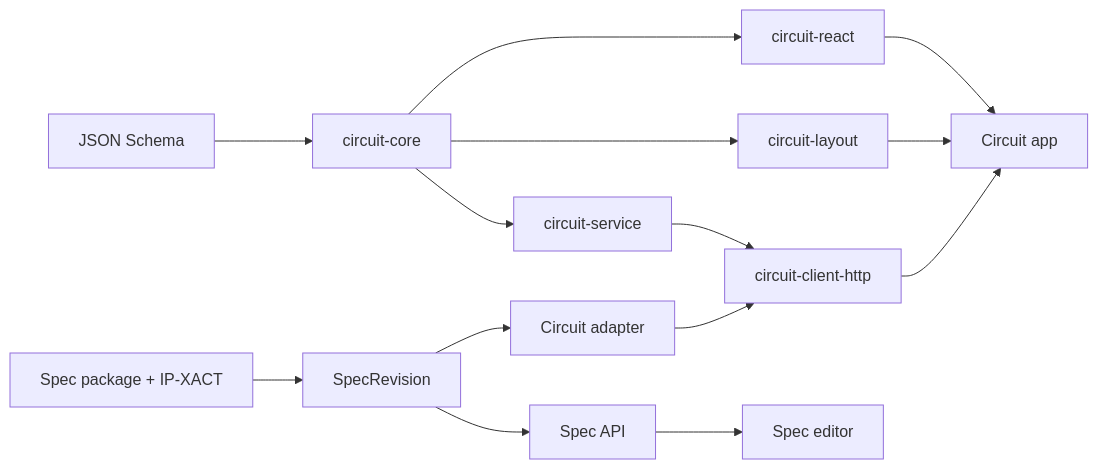
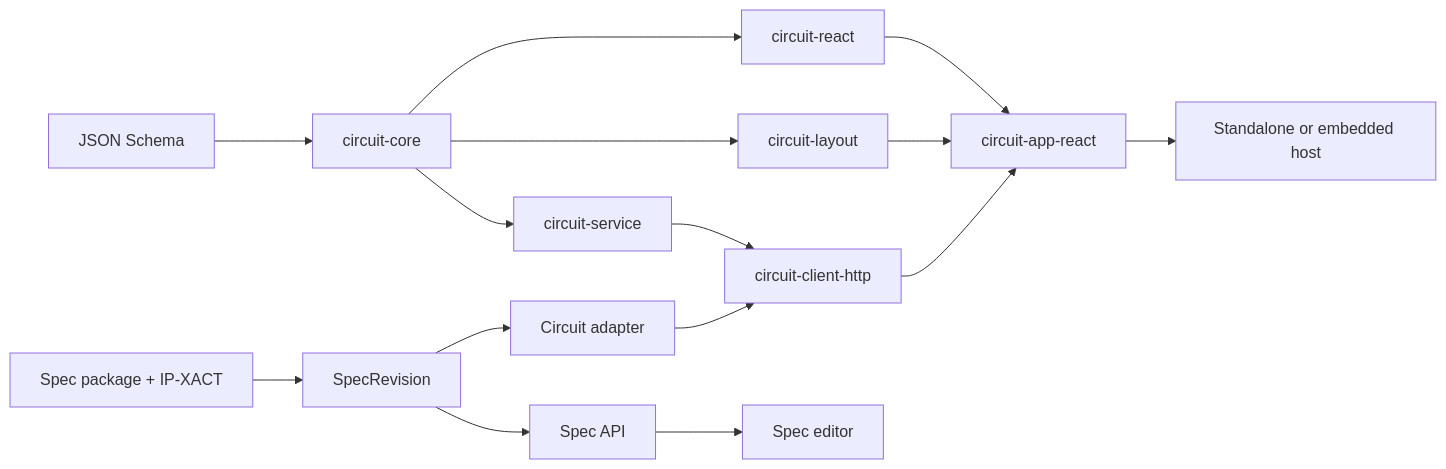
Before and after one commit to ankdesh/spec2gds: the third of 3 diagrams in docs/architecture.md, drawn with Mermaid. The commit also changed other lines of this file and 54 other files, not shown here.

````diff
--- a/docs/architecture.md
+++ b/docs/architecture.md
@@ -107,17 +107,18 @@
 ```mermaid
 flowchart LR
     Schema["JSON Schema"] --> Core["circuit-core"]
     Core --> Service["circuit-service"]
     Core --> Layout["circuit-layout"]
     Core --> React["circuit-react"]
+    React --> Shell["circuit-app-react"]
     Service --> HTTP["circuit-client-http"]
-    HTTP --> App["Circuit app"]
-    Layout --> App
-    React --> App
+    HTTP --> Shell
+    Layout --> Shell
+    Shell --> App["Standalone or embedded host"]
 
     Package["Spec package + IP-XACT"] --> Revision["SpecRevision"]
     Revision --> API["Spec API"]
     API --> Editor["Spec editor"]
     Revision --> Adapter["Circuit adapter"]
     Adapter --> HTTP
 ```
````
